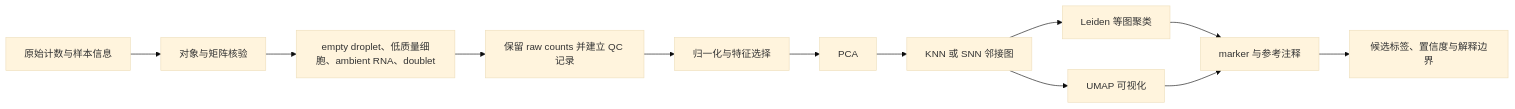
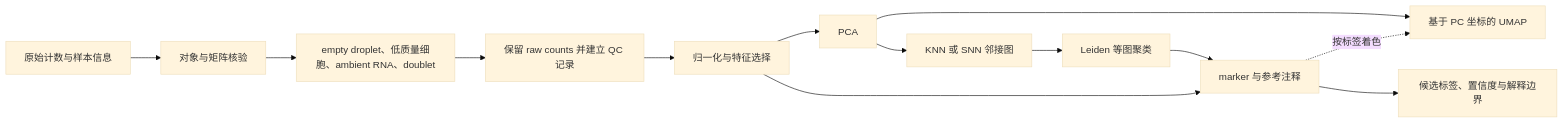
The first of 2 diagrams in docs/chapters/chapter-14/index.md (luvega/AI_MED_DataVis), drawn with Mermaid (base theme) before and after one commit. The commit also changed other lines of this file and 21 other files, not shown here.

````diff
--- a/docs/chapters/chapter-14/index.md
+++ b/docs/chapters/chapter-14/index.md
@@ -22,14 +22,15 @@
 ```mermaid
 flowchart LR
     A["原始计数与样本信息"] --> B["对象与矩阵核验"]
     B --> C["empty droplet、低质量细胞、ambient RNA、doublet"]
     C --> D["保留 raw counts 并建立 QC 记录"]
     D --> E["归一化与特征选择"]
     E --> F["PCA"]
     F --> G["KNN 或 SNN 邻接图"]
     G --> H["Leiden 等图聚类"]
-    G --> I["UMAP 可视化"]
+    F --> I["基于 PC 坐标的 UMAP"]
     H --> J["marker 与参考注释"]
-    I --> J
+    E --> J
+    J -. "按标签着色" .-> I
     J --> K["候选标签、置信度与解释边界"]
 ```
````
